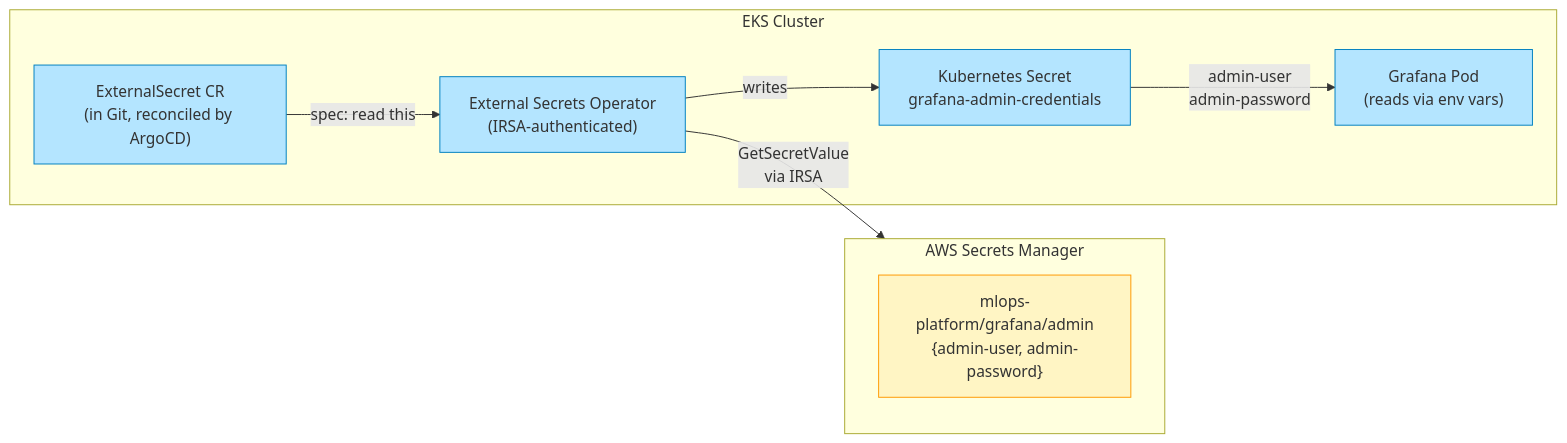
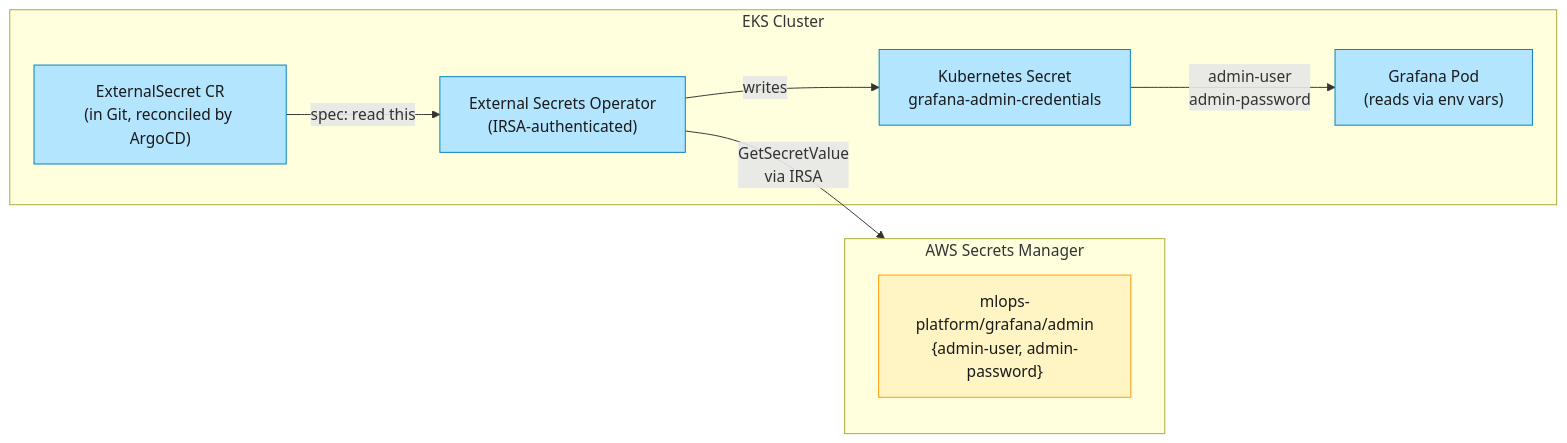
The sixth of 8 diagrams in docs/architecture.md (srinivas-singireddy/mlops-platform-aws-eks), drawn with Mermaid before and after one commit. The commit also changed other lines of this file, not shown here.

First line of the commit message:
fix(docs): add explicit text colors to Mermaid classDef rules

````diff
--- a/docs/architecture.md
+++ b/docs/architecture.md
@@ -236,23 +236,23 @@
 ```mermaid
 flowchart LR
     subgraph AWS["AWS Secrets Manager"]
         secret["mlops-platform/grafana/admin<br/>{admin-user, admin-password}"]
     end
 
     subgraph Cluster["EKS Cluster"]
         eso["External Secrets Operator<br/>(IRSA-authenticated)"]
         es["ExternalSecret CR<br/>(in Git, reconciled by ArgoCD)"]
         ks["Kubernetes Secret<br/>grafana-admin-credentials"]
         graf["Grafana Pod<br/>(reads via env vars)"]
     end
 
     es -->|spec: read this| eso
     eso -->|GetSecretValue<br/>via IRSA| AWS
     eso -->|writes| ks
     ks -->|admin-user<br/>admin-password| graf
 
-    classDef aws fill:#FFF5C4,stroke:#FF9900
-    classDef k8s fill:#B4E5FF,stroke:#0080C0
+    classDef aws fill:#FFF5C4,stroke:#FF9900,color:#1A1A1A
+    classDef k8s fill:#B4E5FF,stroke:#0080C0,color:#1A1A1A
     class secret aws
     class eso,es,ks,graf k8s
 ```
````
